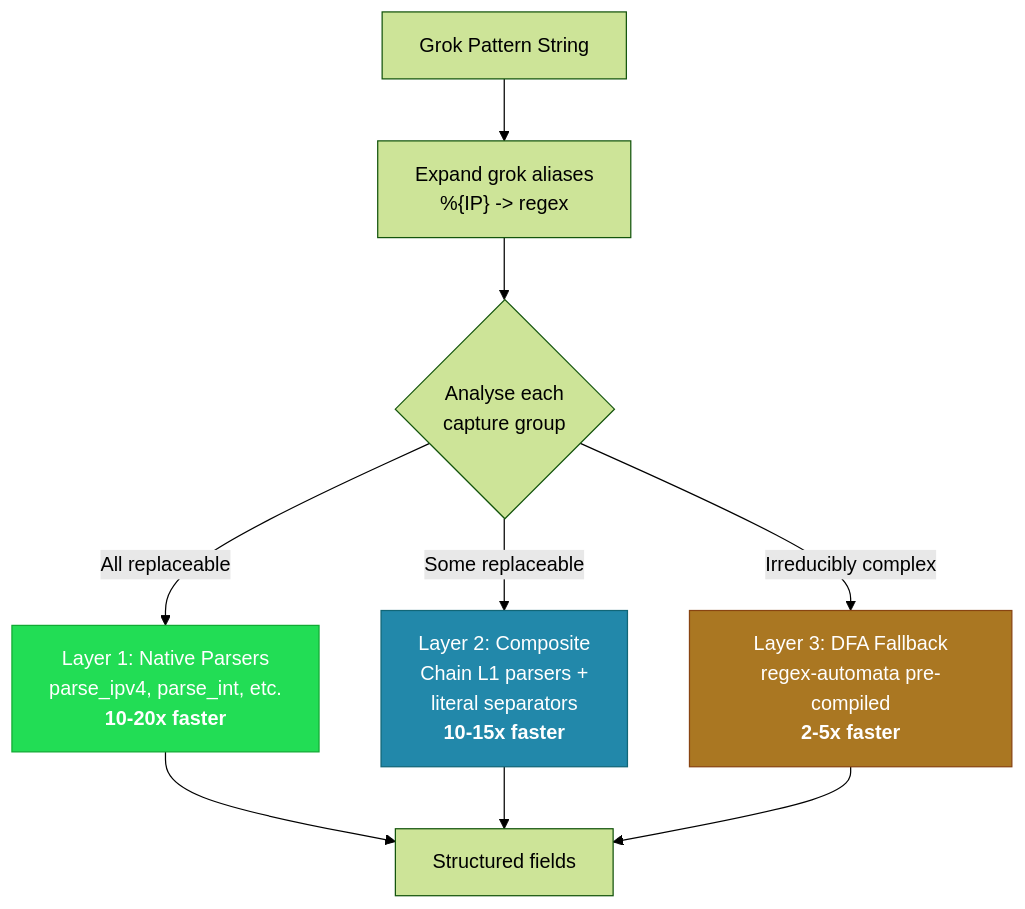
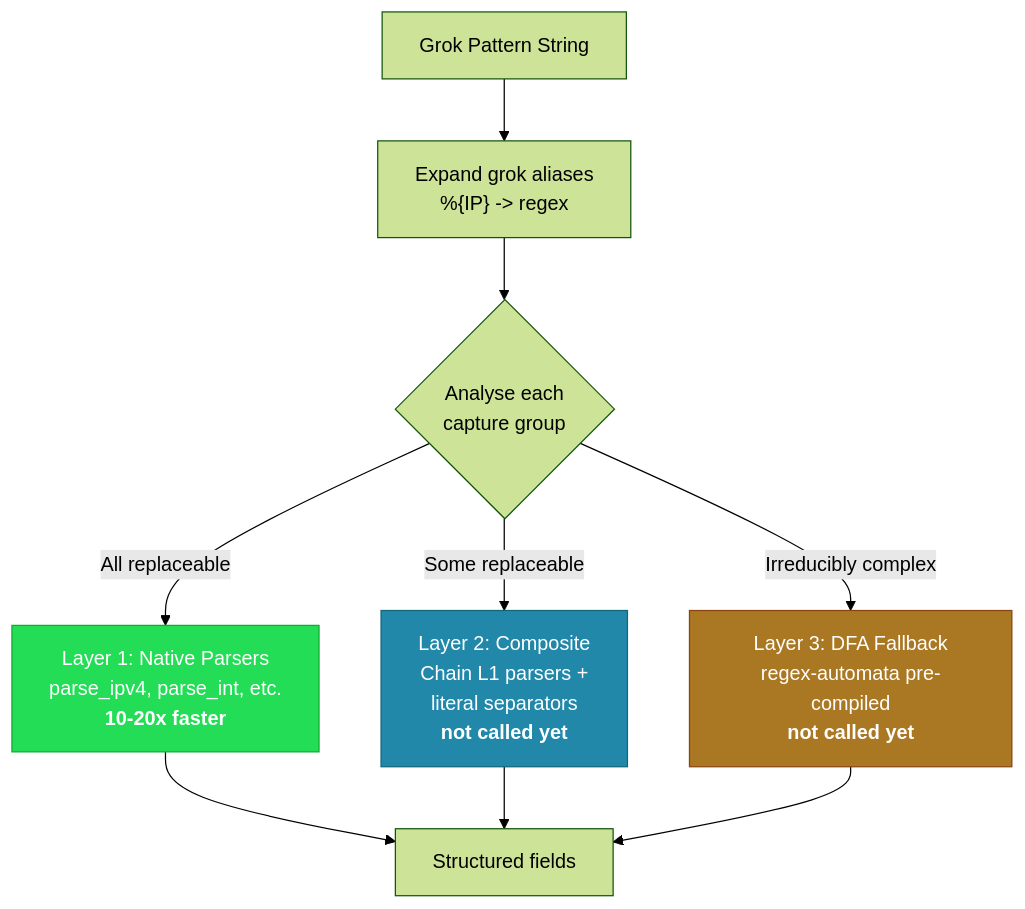
Before and after one commit to hyperi-io/dfe-transform-elastic: the diagram in docs/parsers.md, drawn with Mermaid (forest theme). The commit also changed other lines of this file and 3 other files, not shown here.

````diff
--- a/docs/parsers.md
+++ b/docs/parsers.md
@@ -17,17 +18,17 @@
 ```mermaid
 flowchart TD
     input[Grok Pattern String] --> expand["Expand grok aliases<br/>%{IP} -> regex"]
     expand --> analyse{Analyse each<br/>capture group}
 
     analyse -->|All replaceable| l1[Layer 1: Native Parsers<br/>parse_ipv4, parse_int, etc.<br/><b>10-20x faster</b>]
-    analyse -->|Some replaceable| l2[Layer 2: Composite<br/>Chain L1 parsers +<br/>literal separators<br/><b>10-15x faster</b>]
-    analyse -->|Irreducibly complex| l3[Layer 3: DFA Fallback<br/>regex-automata pre-compiled<br/><b>2-5x faster</b>]
+    analyse -->|Some replaceable| l2[Layer 2: Composite<br/>Chain L1 parsers +<br/>literal separators<br/><b>not called yet</b>]
+    analyse -->|Irreducibly complex| l3[Layer 3: DFA Fallback<br/>regex-automata pre-compiled<br/><b>not called yet</b>]
 
     l1 --> output[Structured fields]
     l2 --> output
     l3 --> output
 
     style l1 fill:#2d5,stroke:#1a3,color:#fff
     style l2 fill:#28a,stroke:#167,color:#fff
     style l3 fill:#a72,stroke:#841,color:#fff
 ```
````
